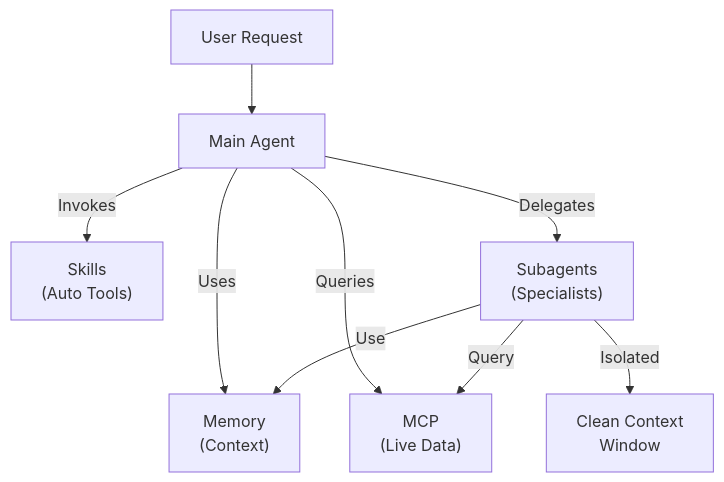
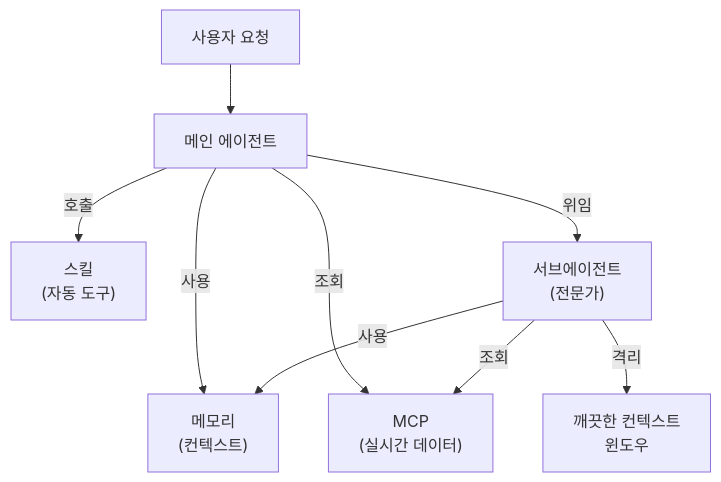
Before and after one commit to KIMDONGWHEE99/howkorean: the seventh of 7 diagrams in 04-subagents/README.md, drawn with Mermaid. The commit also changed other lines of this file and 1 other file, not shown here.

First line of the commit message:
docs(subagents): 04-subagents 가이드를 한국어로 번역

````diff
--- a/04-subagents/README.md
+++ b/04-subagents/README.md
@@ -1294,12 +1292,12 @@
 ```mermaid
 graph TD
-    User["User Request"] --> Main["Main Agent"]
-    Main -->|Uses| Memory["Memory<br/>(Context)"]
-    Main -->|Queries| MCP["MCP<br/>(Live Data)"]
-    Main -->|Invokes| Skills["Skills<br/>(Auto Tools)"]
-    Main -->|Delegates| Subagents["Subagents<br/>(Specialists)"]
+    User["사용자 요청"] --> Main["메인 에이전트"]
+    Main -->|사용| Memory["메모리<br/>(컨텍스트)"]
+    Main -->|조회| MCP["MCP<br/>(실시간 데이터)"]
+    Main -->|호출| Skills["스킬<br/>(자동 도구)"]
+    Main -->|위임| Subagents["서브에이전트<br/>(전문가)"]
 
-    Subagents -->|Use| Memory
-    Subagents -->|Query| MCP
-    Subagents -->|Isolated| Context["Clean Context<br/>Window"]
+    Subagents -->|사용| Memory
+    Subagents -->|조회| MCP
+    Subagents -->|격리| Context["깨끗한 컨텍스트<br/>윈도우"]
 ```
````
